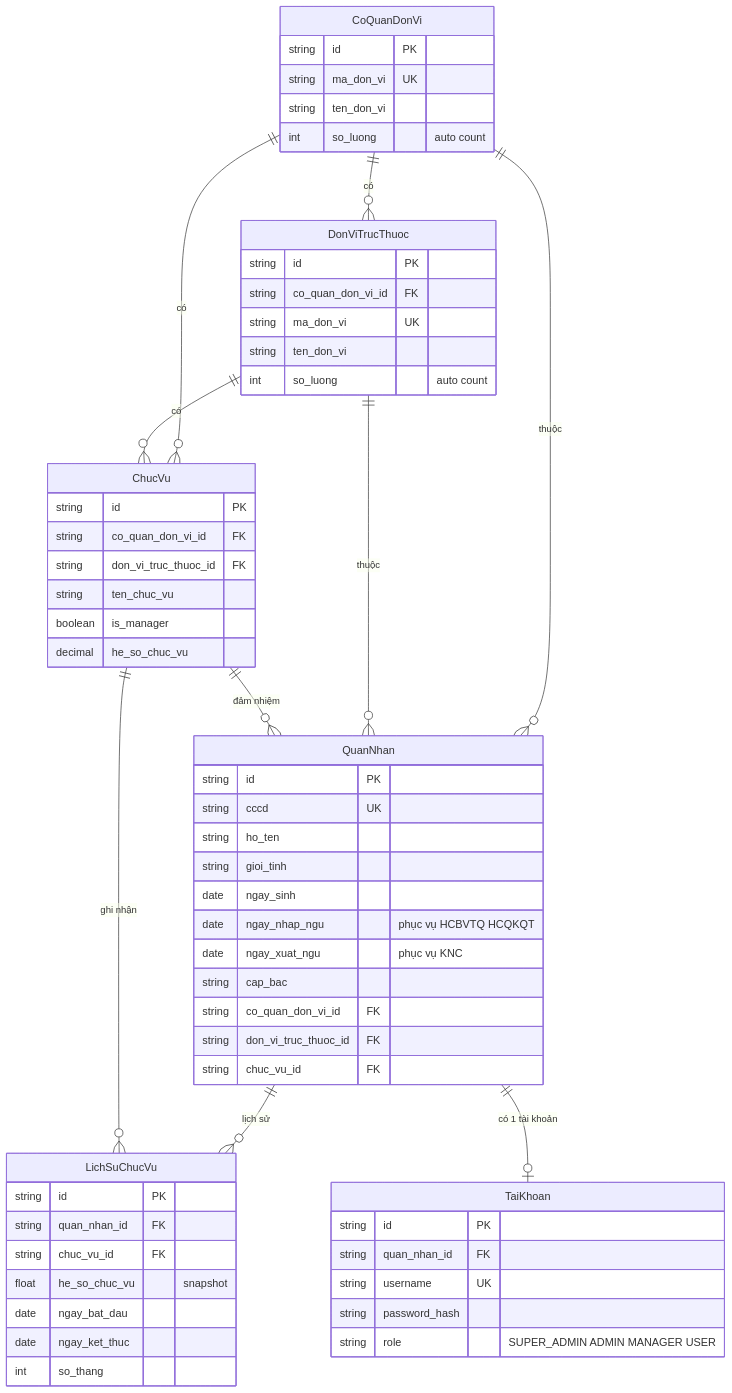
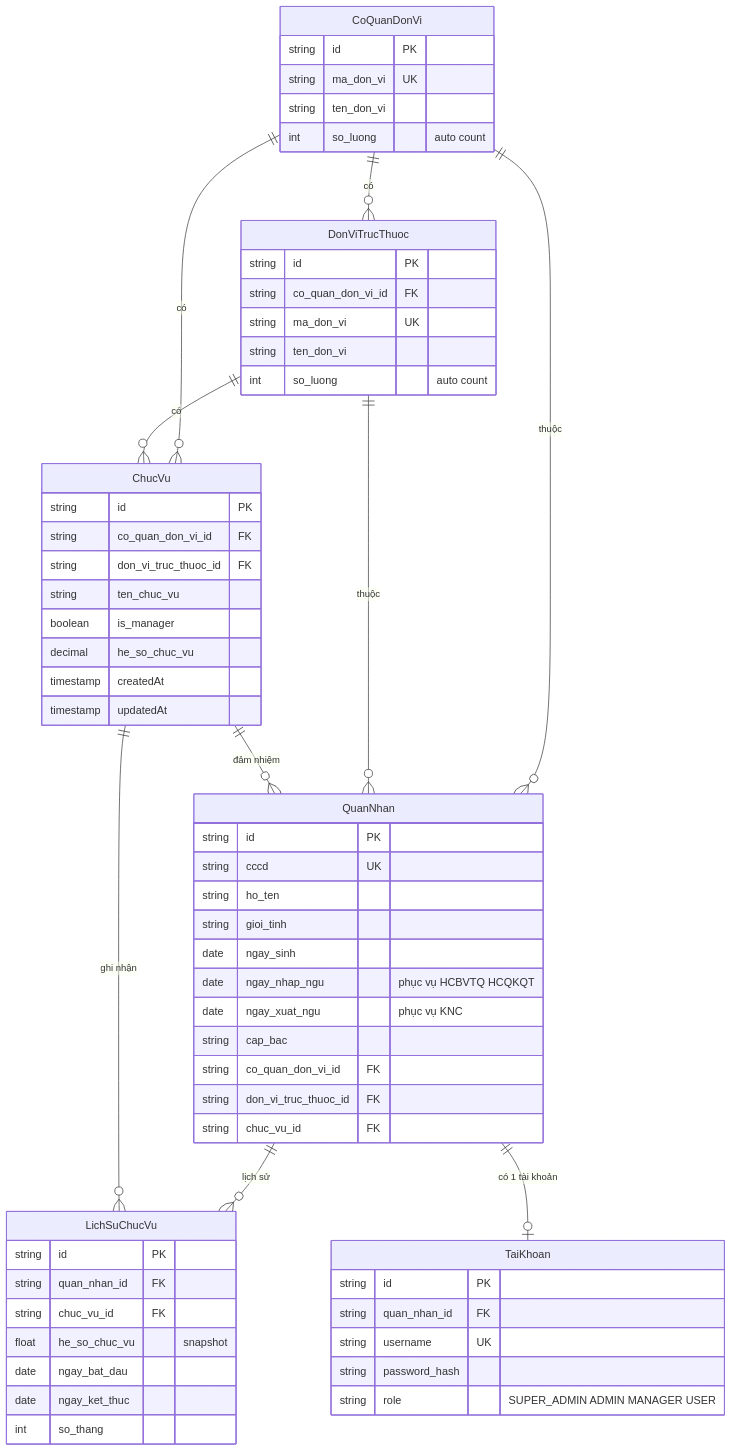
Before and after one commit to tranducbk/DATN_PM_QLKT: the second of 6 diagrams in docs/diagrams/06-erd.md, drawn with Mermaid. The commit also changed other lines of this file and 18 other files, not shown here.

````diff
--- a/docs/diagrams/06-erd.md
+++ b/docs/diagrams/06-erd.md
@@ -279,63 +360,65 @@
 ```mermaid
 erDiagram
     CoQuanDonVi ||--o{ DonViTrucThuoc : "có"
     CoQuanDonVi ||--o{ ChucVu : "có"
     DonViTrucThuoc ||--o{ ChucVu : "có"
     CoQuanDonVi ||--o{ QuanNhan : "thuộc"
     DonViTrucThuoc ||--o{ QuanNhan : "thuộc"
     ChucVu ||--o{ QuanNhan : "đảm nhiệm"
     QuanNhan ||--o{ LichSuChucVu : "lịch sử"
     ChucVu ||--o{ LichSuChucVu : "ghi nhận"
     QuanNhan ||--o| TaiKhoan : "có 1 tài khoản"
 
     CoQuanDonVi {
         string id PK
         string ma_don_vi UK
         string ten_don_vi
         int so_luong "auto count"
     }
     DonViTrucThuoc {
         string id PK
         string co_quan_don_vi_id FK
         string ma_don_vi UK
         string ten_don_vi
         int so_luong "auto count"
     }
     ChucVu {
         string id PK
         string co_quan_don_vi_id FK
         string don_vi_truc_thuoc_id FK
         string ten_chuc_vu
         boolean is_manager
         decimal he_so_chuc_vu
+        timestamp createdAt
+        timestamp updatedAt
     }
     QuanNhan {
         string id PK
         string cccd UK
         string ho_ten
         string gioi_tinh
         date ngay_sinh
         date ngay_nhap_ngu "phục vụ HCBVTQ HCQKQT"
         date ngay_xuat_ngu "phục vụ KNC"
         string cap_bac
         string co_quan_don_vi_id FK
         string don_vi_truc_thuoc_id FK
         string chuc_vu_id FK
     }
     LichSuChucVu {
         string id PK
         string quan_nhan_id FK
         string chuc_vu_id FK
         float he_so_chuc_vu "snapshot"
         date ngay_bat_dau
         date ngay_ket_thuc
         int so_thang
     }
     TaiKhoan {
         string id PK
         string quan_nhan_id FK
         string username UK
         string password_hash
         string role "SUPER_ADMIN ADMIN MANAGER USER"
     }
 ```
````
